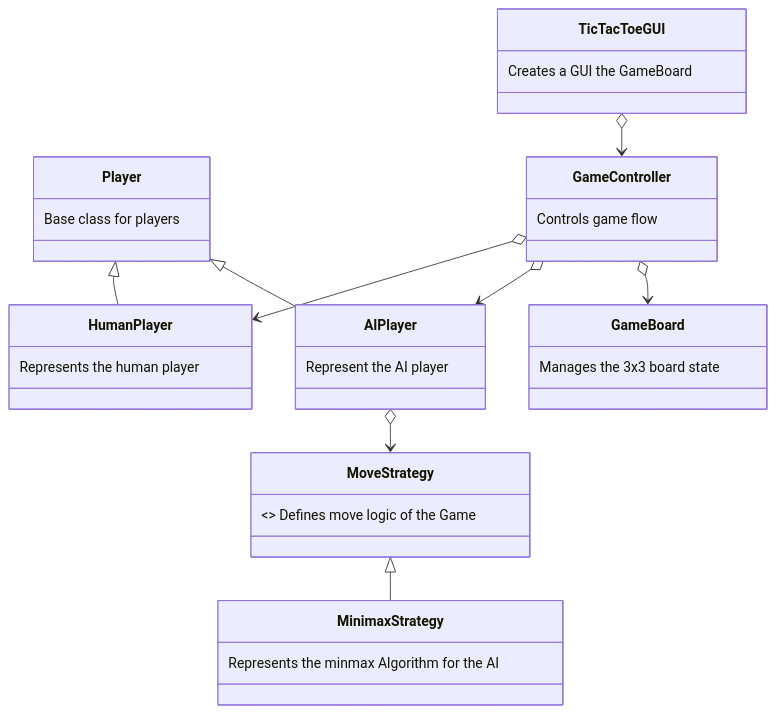
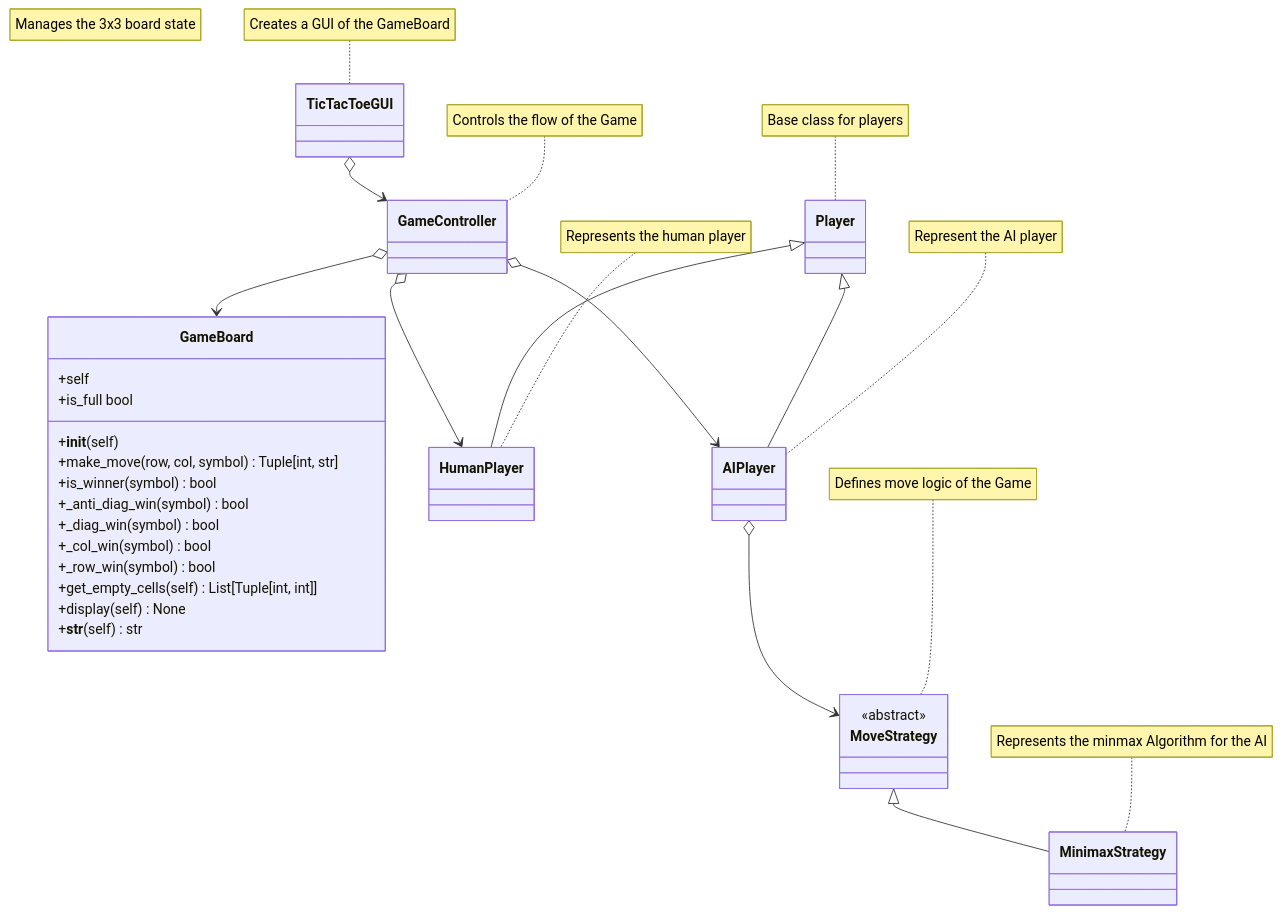
The diagram in README.md (Alena-Alexander/Tic-Tac-Toe), drawn with Mermaid before and after one commit. The commit also changed other lines of this file and 1 other file, not shown here.

````diff
--- a/README.md
+++ b/README.md
@@ -75,36 +98,67 @@
 ```mermaid
+---
+Tic-Tac-Toe Minmax Algorithm
+---
 classDiagram
     class GameBoard {
-        Manages the 3x3 board state
+        %% Attributes
+        +self
+        
+        %% Methods
+        +__init__(self)
+        +make_move(row, col, symbol) Tuple[int, str]
+        +is_winner(symbol) bool
+        +_anti_diag_win(symbol) bool
+        +_diag_win(symbol) bool
+        +_col_win(symbol) bool
+        +_row_win(symbol) bool
+        +is_full bool
+        +get_empty_cells(self) List[Tuple[int, int]]
+        +display(self) None
+        +__str__(self) str
     }
+    
     class Player {
-        Base class for players
+        
     }
     class HumanPlayer {
-        Represents the human player
+        
     }
     class AIPlayer {
-        Represent the AI player
+        
     }
     class MoveStrategy {
-        <<abstract>> Defines move logic of the Game
+        <<abstract>>
     }
     class MinimaxStrategy {
-        Represents the minmax Algorithm for the AI
+        
     }
     class GameController {
-        Controls game flow
+        
     }
     class TicTacToeGUI {
-        Creates a GUI the GameBoard
+        
     }
-
+    
+    note for Gameboard "Manages the 3x3 board state"
+    note for Player "Base class for players"
+    note for HumanPlayer "Represents the human player"
+    note for AIPlayer "Represent the AI player"
+    note for MoveStrategy "Defines move logic of the Game"
+    note for MinimaxStrategy "Represents the minmax Algorithm for the AI"
+    note for GameController "Controls the flow of the Game"
+    note for TicTacToeGUI "Creates a GUI of the GameBoard"
+    
+    %% Inheritance
     Player <|-- HumanPlayer
     Player <|-- AIPlayer
     MoveStrategy <|-- MinimaxStrategy
+    
+    %% Aggregation: Classes that are assembled together
+    %% to create a more complex object
     AIPlayer o--> MoveStrategy
     GameController o--> HumanPlayer
     GameController o--> AIPlayer
     GameController o--> GameBoard
     TicTacToeGUI o--> GameController
 ```
````
